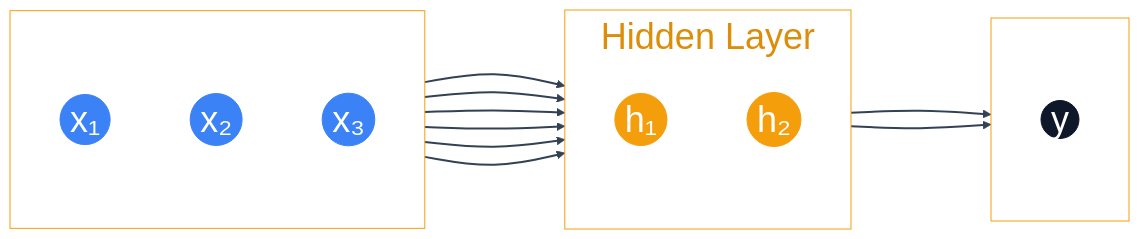
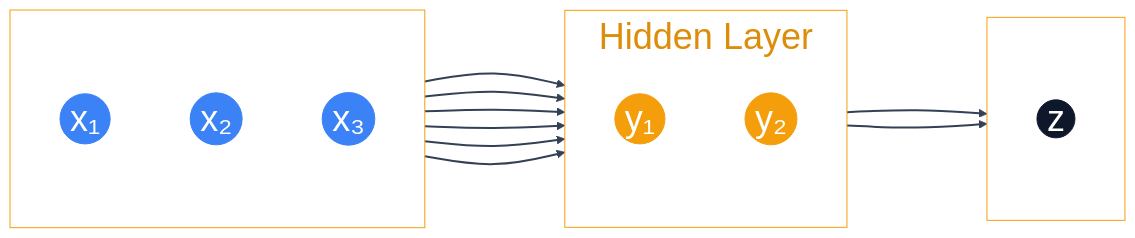
The first of 3 diagrams in slides/m13-fine-tuning.qmd (kerryback/mgmt675), drawn with Mermaid before and after one commit. The commit also changed other lines of this file and 1 other file, not shown here.

Commit message:
Rename neural network nodes: h1/h2 → y1/y2, y → z in diagram and equation

````diff
--- a/slides/m13-fine-tuning.qmd
+++ b/slides/m13-fine-tuning.qmd
@@ -176,33 +176,33 @@
 ```{mermaid}
 %%| fig-width: 16
 %%{init: {'theme': 'base', 'themeVariables': {'fontSize': '36px', 'primaryColor': '#f59e0b', 'primaryTextColor': '#0f172a', 'lineColor': '#f59e0b', 'clusterBkg': 'transparent', 'clusterBorder': '#f59e0b', 'clusterTextColor': '#fff'}, 'flowchart': {'nodeSpacing': 80, 'rankSpacing': 140, 'padding': 20, 'useMaxWidth': true}}}%%
 graph LR
   subgraph Inputs[" "]
     direction TB
     X1(("x₁"))
     X2(("x₂"))
     X3(("x₃"))
   end
   subgraph Hidden["Hidden Layer"]
     direction TB
-    H1(("h₁"))
-    H2(("h₂"))
+    H1(("y₁"))
+    H2(("y₂"))
   end
   subgraph Output[" "]
     direction TB
-    Y(("y"))
+    Y(("z"))
   end
   X1 --> H1 & H2
   X2 --> H1 & H2
   X3 --> H1 & H2
   H1 --> Y
   H2 --> Y
 
   style X1 fill:#3b82f6,stroke:#3b82f6,color:#fff
   style X2 fill:#3b82f6,stroke:#3b82f6,color:#fff
   style X3 fill:#3b82f6,stroke:#3b82f6,color:#fff
   style H1 fill:#f59e0b,stroke:#f59e0b,color:#fff
   style H2 fill:#f59e0b,stroke:#f59e0b,color:#fff
   style Y fill:#0f172a,stroke:#0f172a,color:#fff
   linkStyle default stroke:#334155,stroke-width:2px
 ```
````
